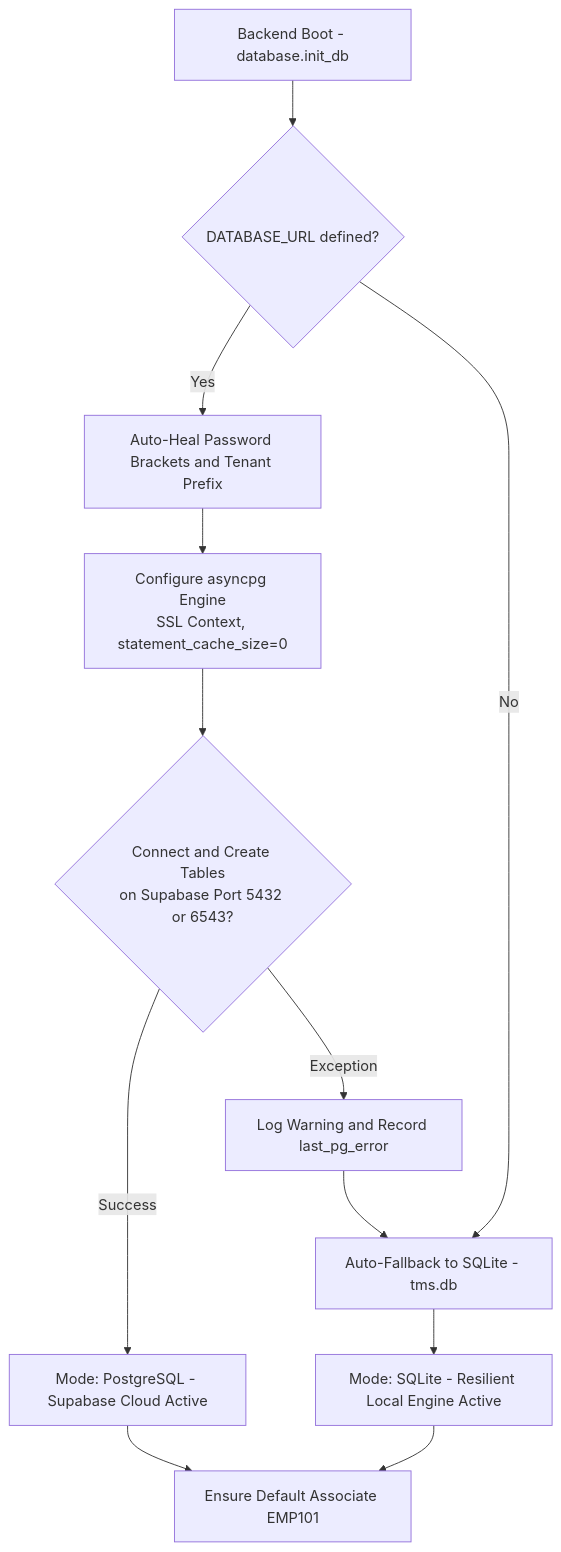
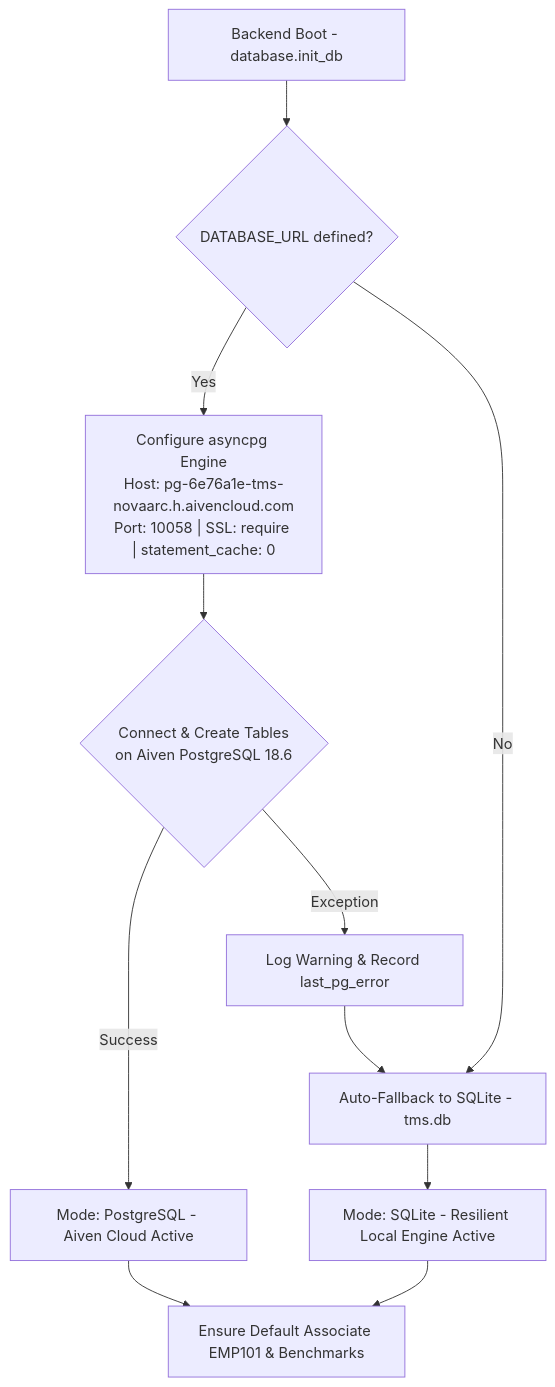
The fifth of 7 diagrams in ARCHITECTURE.md (Gokul2004-ne/TMS), drawn with Mermaid before and after one commit. The commit also changed other lines of this file and 4 other files, not shown here.

Commit message:
docs: update ARCHITECTURE.md and README.md with comprehensive project dossier and clean up unwanted temporary files

````diff
--- a/ARCHITECTURE.md
+++ b/ARCHITECTURE.md
@@ -437,18 +482,17 @@
 ```mermaid
 flowchart TD
     Init["Backend Boot - database.init_db"] --> CheckURL{"DATABASE_URL defined?"}
 
-    CheckURL -- Yes --> ParseURL["Auto-Heal Password Brackets and Tenant Prefix"]
-    ParseURL --> ConfigurePool["Configure asyncpg Engine<br>SSL Context, statement_cache_size=0"]
-    ConfigurePool --> TestConn{"Connect and Create Tables<br>on Supabase Port 5432 or 6543?"}
+    CheckURL -- Yes --> ParseURL["Configure asyncpg Engine<br>Host: pg-6e76a1e-tms-novaarc.h.aivencloud.com<br>Port: 10058 | SSL: require | statement_cache: 0"]
+    ParseURL --> TestConn{"Connect & Create Tables<br>on Aiven PostgreSQL 18.6"}
 
-    TestConn -- Success --> PGMode["Mode: PostgreSQL - Supabase Cloud Active"]
-    TestConn -- Exception --> LogWarn["Log Warning and Record last_pg_error"]
+    TestConn -- Success --> PGMode["Mode: PostgreSQL - Aiven Cloud Active"]
+    TestConn -- Exception --> LogWarn["Log Warning & Record last_pg_error"]
 
     CheckURL -- No --> FallbackSQLite
     LogWarn --> FallbackSQLite["Auto-Fallback to SQLite - tms.db"]
     FallbackSQLite --> SQLiteMode["Mode: SQLite - Resilient Local Engine Active"]
 
-    PGMode --> ProvisionEmp["Ensure Default Associate EMP101"]
+    PGMode --> ProvisionEmp["Ensure Default Associate EMP101 & Benchmarks"]
     SQLiteMode --> ProvisionEmp
 ```
````
